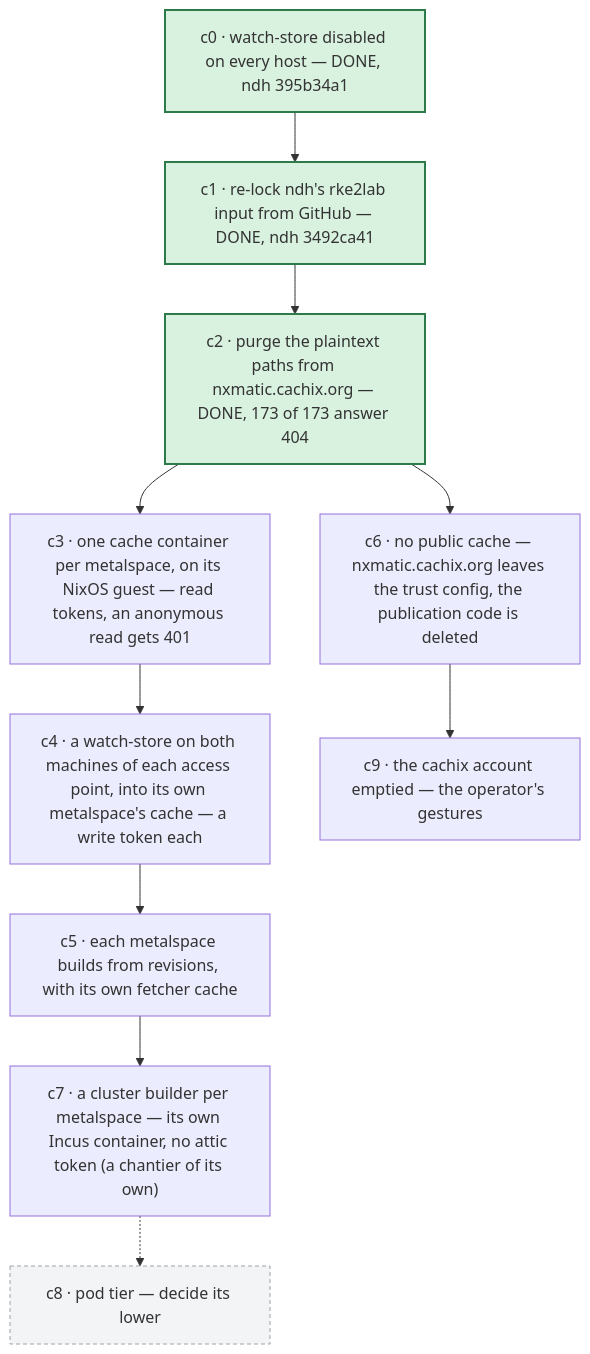
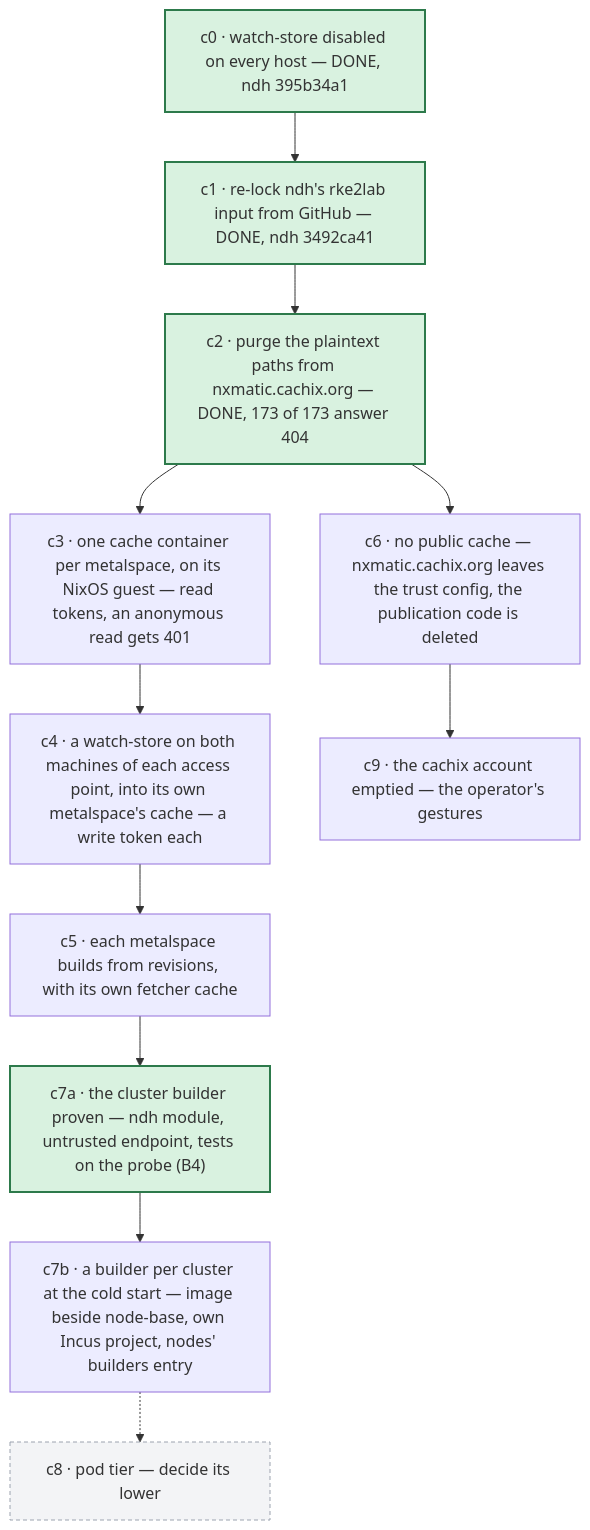
One commit to seedmatic/rke2lab changed the eighth of 8 diagrams in docs/architecture/atlas/fabric-control-plane.adoc. Above: the diagram before and after it, drawn with Mermaid. The commit also changed other lines of this file, not shown here.

First line of the commit message:
docs(atlas): the cluster builder proven untrusted on the probe; a builder per cluster at the cold start

```diff
--- a/docs/architecture/atlas/fabric-control-plane.adoc
+++ b/docs/architecture/atlas/fabric-control-plane.adoc
@@ -546,20 +546,21 @@
 [mermaid]
 ....
 flowchart TB
   c0["c0 · watch-store disabled on every host — DONE, ndh 395b34a1"]:::done
   c1["c1 · re-lock ndh's rke2lab input from GitHub — DONE, ndh 3492ca41"]:::done
   c2["c2 · purge the plaintext paths from nxmatic.cachix.org — DONE, 173 of 173 answer 404"]:::done
   c3["c3 · one cache container per metalspace, on its NixOS guest — read tokens, an anonymous read gets 401"]
   c4["c4 · a watch-store on both machines of each access point, into its own metalspace's cache — a write token each"]
   c5["c5 · each metalspace builds from revisions, with its own fetcher cache"]
   c6["c6 · no public cache — nxmatic.cachix.org leaves the trust config, the publication code is deleted"]
-  c7["c7 · a cluster builder per metalspace — its own Incus container, no attic token (a chantier of its own)"]
+  c7["c7a · the cluster builder proven — ndh module, untrusted endpoint, tests on the probe (B4)"]:::done
+  c7b["c7b · a builder per cluster at the cold start — image beside node-base, own Incus project, nodes' builders entry"]
   c8["c8 · pod tier — decide its lower"]:::later
   c9["c9 · the cachix account emptied — the operator's gestures"]
-  c0 --> c1 --> c2 --> c3 --> c4 --> c5 --> c7
+  c0 --> c1 --> c2 --> c3 --> c4 --> c5 --> c7 --> c7b
   c2 --> c6 --> c9
-  c7 -.-> c8
+  c7b -.-> c8
 
   classDef done fill:#d9f2e0,stroke:#2d7a4b,stroke-width:2px;
   classDef later fill:#f3f4f6,stroke:#9ca3af,stroke-dasharray:4 3;
 ....
```
